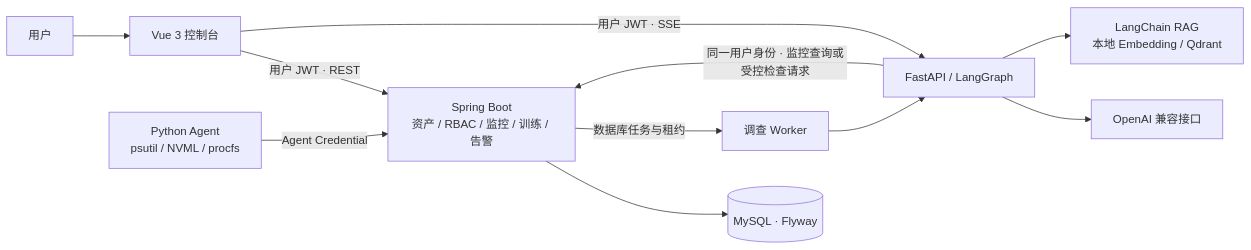
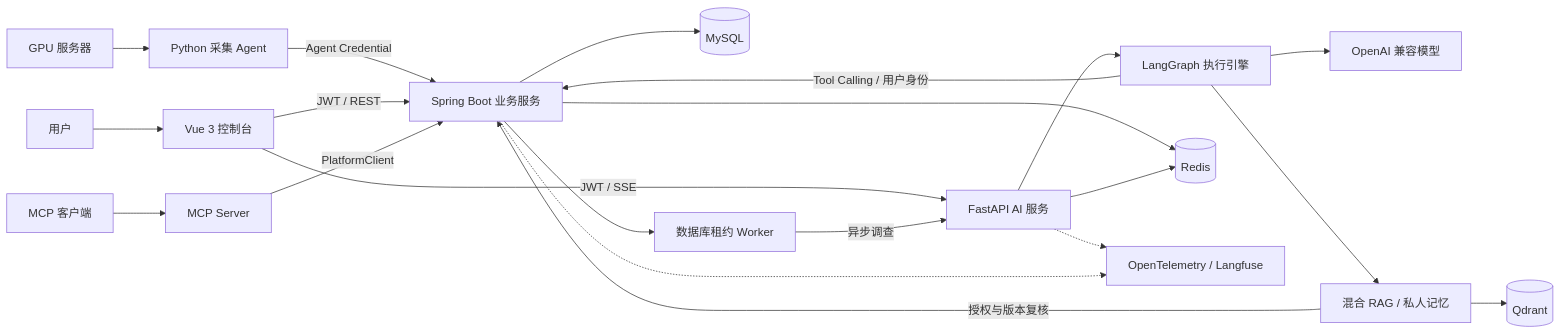
Before and after one commit to Zhanghaorenen/aiops: the first of 4 diagrams in README.md, drawn with Mermaid. The commit also changed other lines of this file, not shown here.

````diff
--- a/README.md
+++ b/README.md
@@ -39,13 +38,23 @@
 ```mermaid
 flowchart LR
-    User[用户] --> Web[Vue 3 控制台]
-    Agent[Python Agent<br/>psutil / NVML / procfs] -->|Agent Credential| API[Spring Boot<br/>资产 / RBAC / 监控 / 训练 / 告警]
-    Web -->|用户 JWT · REST| API
-    API --> DB[(MySQL · Flyway)]
-    Web -->|用户 JWT · SSE| AI[FastAPI / LangGraph]
-    AI -->|同一用户身份 · 监控查询或受控检查请求| API
-    AI --> LLM[OpenAI 兼容接口]
-    AI --> RAG[LangChain RAG<br/>本地 Embedding / Qdrant]
-    API -->|数据库任务与租约| Worker[调查 Worker]
-    Worker --> AI
+    U[用户] --> UI[Vue 3 控制台]
+    H[GPU 服务器] --> C[Python 采集 Agent]
+    C -->|Agent Credential| J[Spring Boot 业务服务]
+    UI -->|JWT / REST| J
+    UI -->|JWT / SSE| AI[FastAPI AI 服务]
+    AI --> G[LangGraph 执行引擎]
+    G -->|Tool Calling / 用户身份| J
+    G --> LLM[OpenAI 兼容模型]
+    G --> R[混合 RAG / 私人记忆]
+    R --> Q[(Qdrant)]
+    R -->|授权与版本复核| J
+    J --> DB[(MySQL)]
+    J --> Redis[(Redis)]
+    AI --> Redis
+    J --> W[数据库租约 Worker]
+    W -->|异步调查| AI
+    MCP[MCP 客户端] --> MS[MCP Server]
+    MS -->|PlatformClient| J
+    AI -.-> T[OpenTelemetry / Langfuse]
+    J -.-> T
 ```
````
